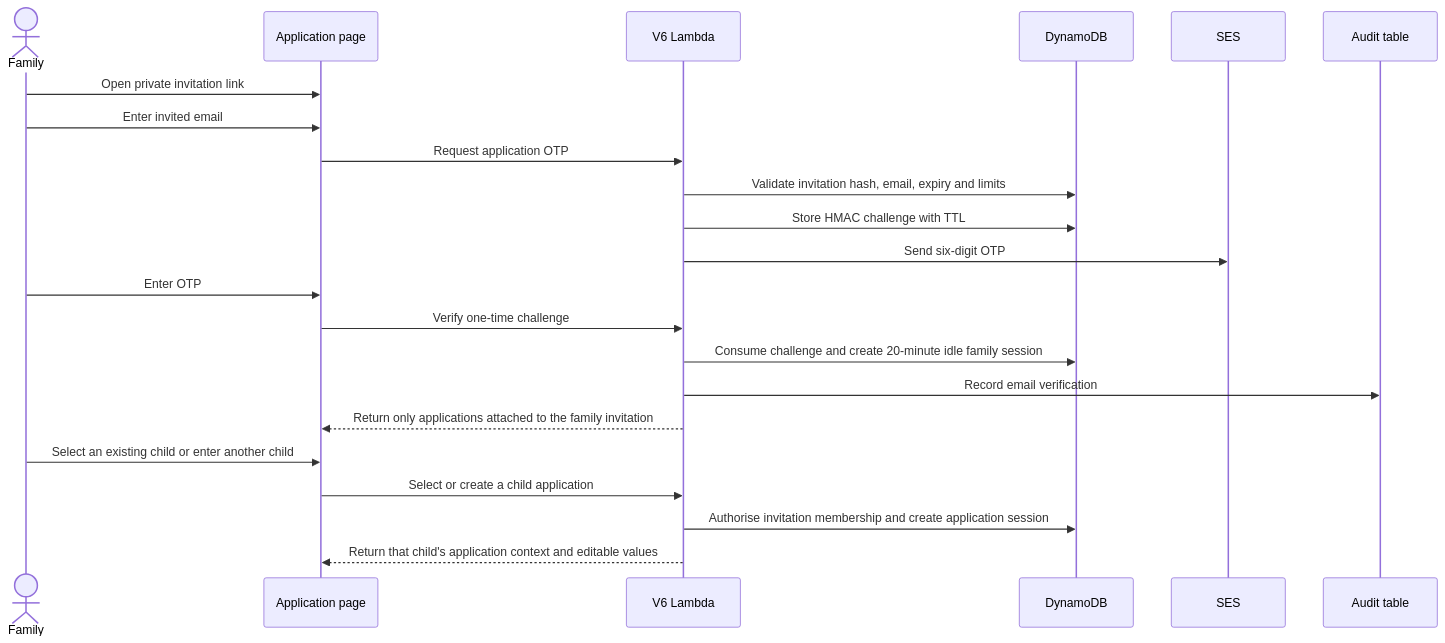
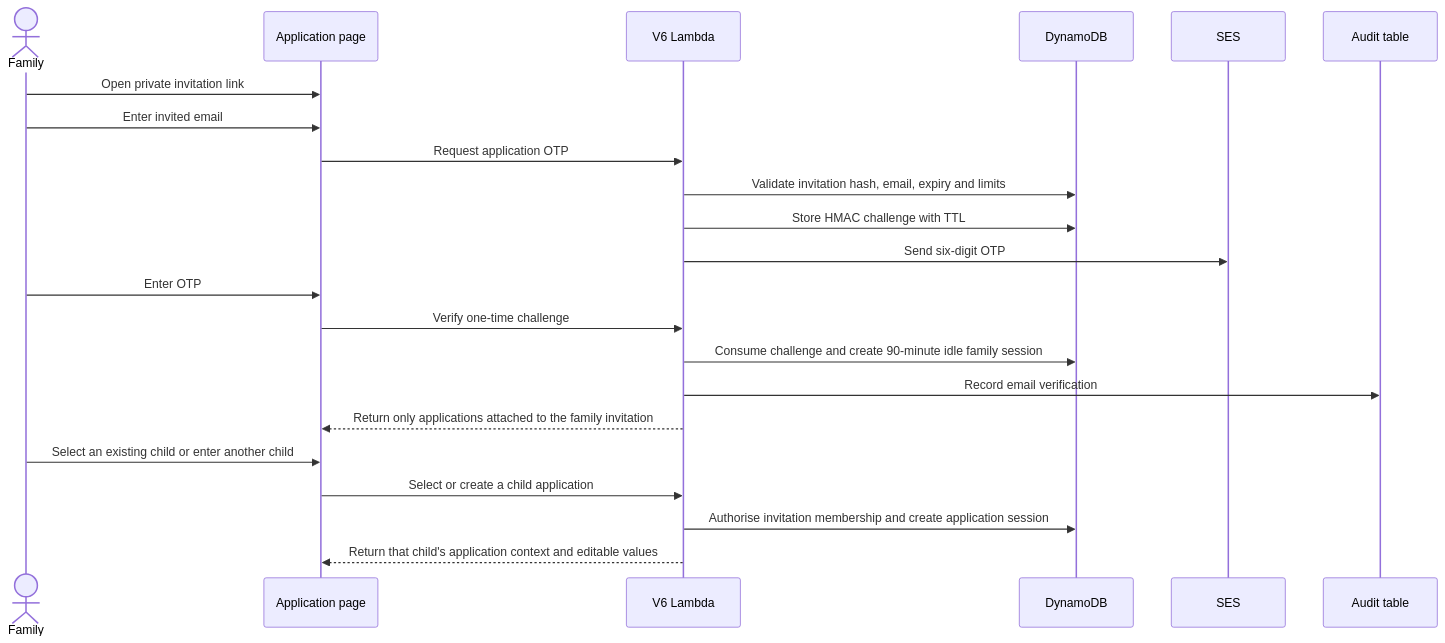
One commit to Martin-Reinoso/independentschoolwest changed the sixth of 14 diagrams in Rosewood enrolment/v6/DATA-PROCESS-MAP.md. Above: the diagram before and after it, drawn with Mermaid. The commit also changed other lines of this file and 22 other files, not shown here.

````diff
--- a/Rosewood enrolment/v6/DATA-PROCESS-MAP.md
+++ b/Rosewood enrolment/v6/DATA-PROCESS-MAP.md
@@ -325,25 +325,25 @@
 ```mermaid
 sequenceDiagram
     actor Family
     participant Page as Application page
     participant API as V6 Lambda
     participant DB as DynamoDB
     participant SES as SES
     participant Audit as Audit table
 
     Family->>Page: Open private invitation link
     Family->>Page: Enter invited email
     Page->>API: Request application OTP
     API->>DB: Validate invitation hash, email, expiry and limits
     API->>DB: Store HMAC challenge with TTL
     API->>SES: Send six-digit OTP
     Family->>Page: Enter OTP
     Page->>API: Verify one-time challenge
-    API->>DB: Consume challenge and create 20-minute idle family session
+    API->>DB: Consume challenge and create 90-minute idle family session
     API->>Audit: Record email verification
     API-->>Page: Return only applications attached to the family invitation
     Family->>Page: Select an existing child or enter another child
     Page->>API: Select or create a child application
     API->>DB: Authorise invitation membership and create application session
     API-->>Page: Return that child's application context and editable values
 ```
````
